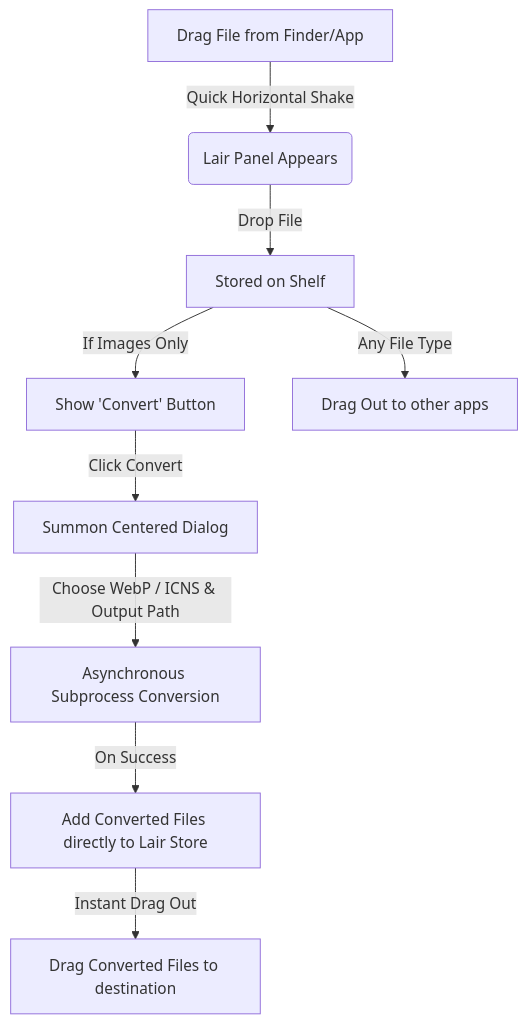
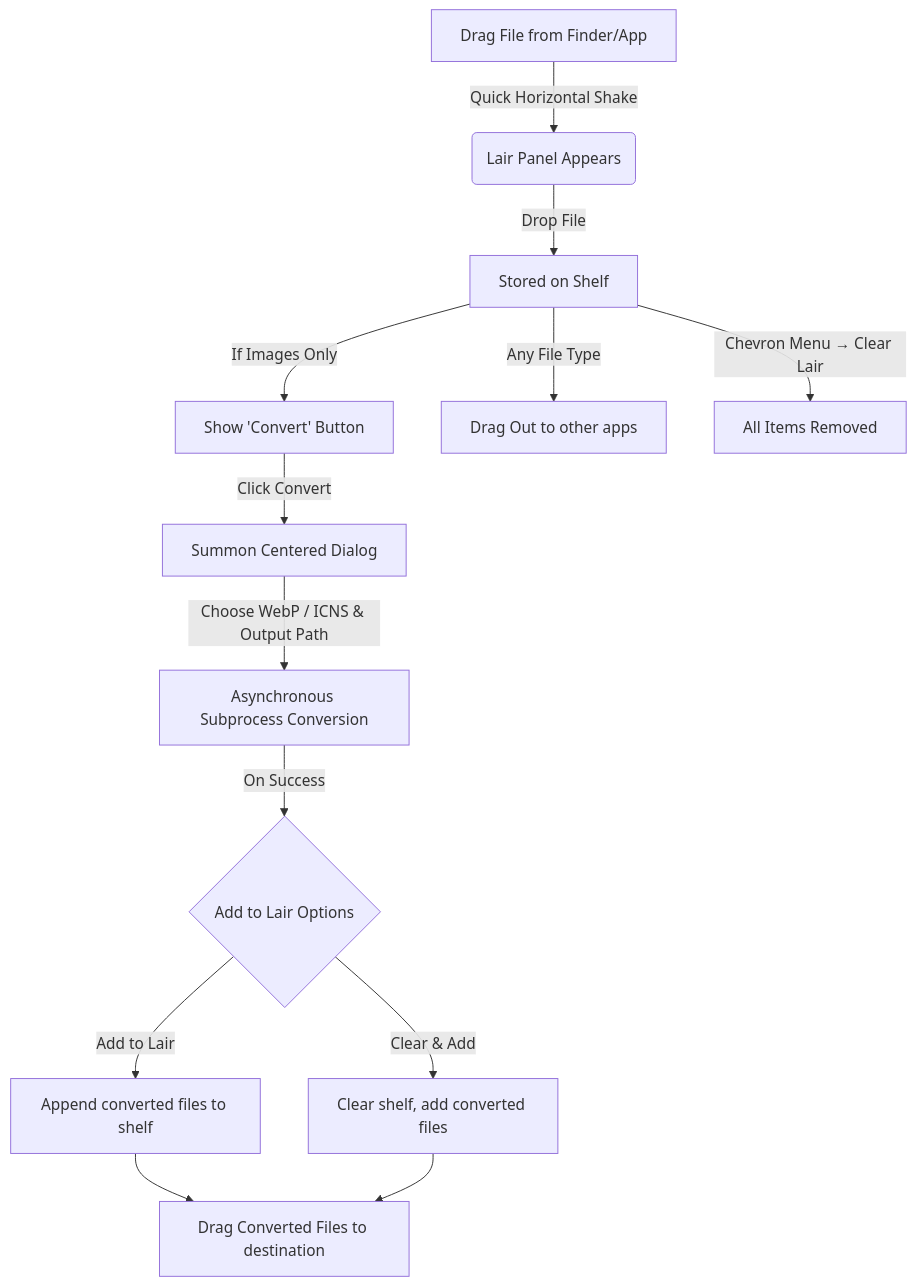
Before and after one commit to Assim-Genshi/drag.on: the diagram in context.md, drawn with Mermaid. The commit also changed other lines of this file and 28 other files, not shown here.

Commit message:
Refactor Drag.on architecture: restructure folder, modernize to @Observable, native Settings, Swift 6 Concurrency conformance

````diff
--- a/context.md
+++ b/context.md
@@ -61,11 +86,15 @@
 ```mermaid
 graph TD
     A[Drag File from Finder/App] -->|Quick Horizontal Shake| B(Lair Panel Appears)
     B -->|Drop File| C[Stored on Shelf]
     C -->|If Images Only| D[Show 'Convert' Button]
     C -->|Any File Type| E[Drag Out to other apps]
-    D -->|Click Convert| F[Summon Centered Dialog]
-    F -->|Choose WebP / ICNS & Output Path| G[Asynchronous Subprocess Conversion]
-    G -->|On Success| H[Add Converted Files directly to Lair Store]
-    H -->|Instant Drag Out| I[Drag Converted Files to destination]
+    C -->|Chevron Menu → Clear Lair| F[All Items Removed]
+    D -->|Click Convert| G[Summon Centered Dialog]
+    G -->|Choose WebP / ICNS & Output Path| H[Asynchronous Subprocess Conversion]
+    H -->|On Success| I{Add to Lair Options}
+    I -->|Add to Lair| J[Append converted files to shelf]
+    I -->|Clear & Add| K[Clear shelf, add converted files]
+    J --> L[Drag Converted Files to destination]
+    K --> L
 ```
````
